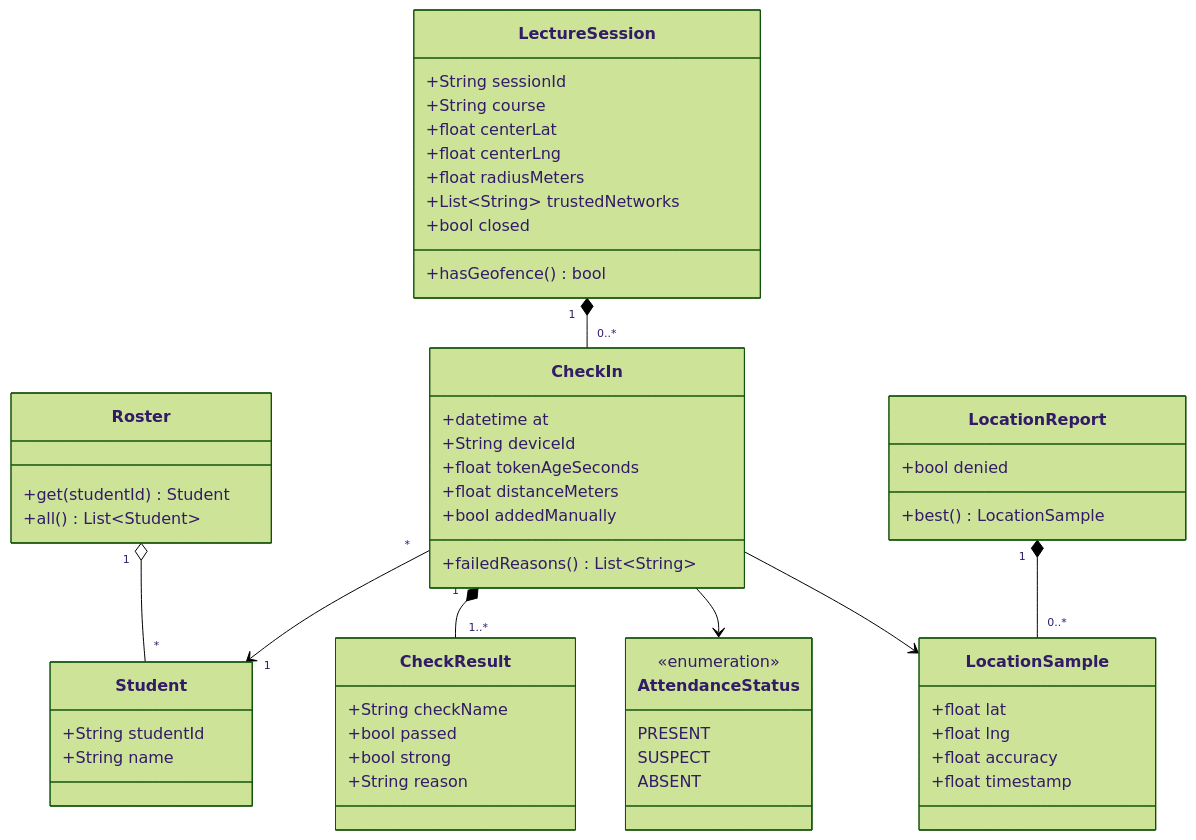
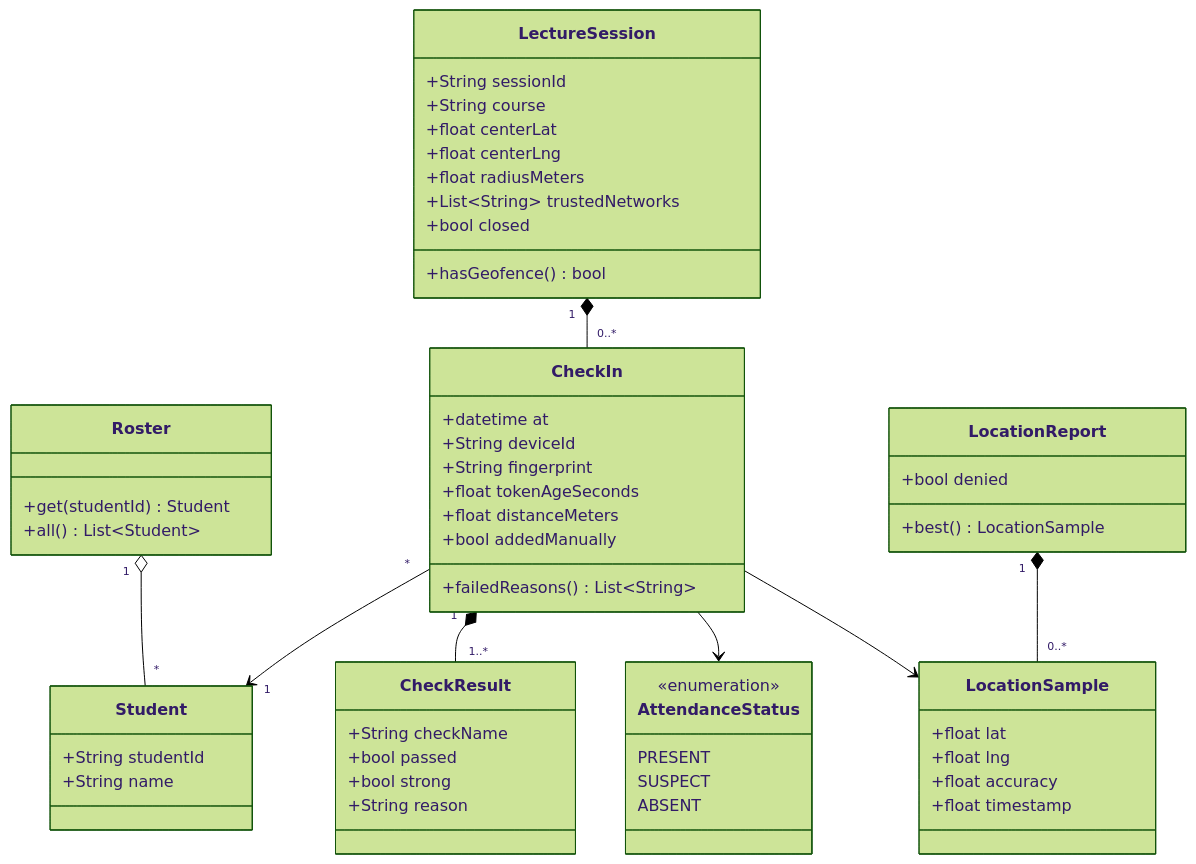
The first of 10 diagrams in docs/06-class-and-sequence-diagrams.md (maayancohen-coder/smart-classroom-toolkit), drawn with Mermaid (forest theme) before and after one commit. The commit also changed other lines of this file and 4 other files, not shown here.

Commit message:
Update components and diagrams

````diff
--- a/docs/06-class-and-sequence-diagrams.md
+++ b/docs/06-class-and-sequence-diagrams.md
@@ -15,59 +15,60 @@
 ```mermaid
 classDiagram
     class LectureSession {
         +String sessionId
         +String course
         +float centerLat
         +float centerLng
         +float radiusMeters
         +List~String~ trustedNetworks
         +bool closed
         +hasGeofence() bool
     }
     class Student {
         +String studentId
         +String name
     }
     class Roster {
         +get(studentId) Student
         +all() List~Student~
     }
     class CheckIn {
         +datetime at
         +String deviceId
+        +String fingerprint
         +float tokenAgeSeconds
         +float distanceMeters
         +bool addedManually
         +failedReasons() List~String~
     }
     class AttendanceStatus {
         <<enumeration>>
         PRESENT
         SUSPECT
         ABSENT
     }
     class CheckResult {
         +String checkName
         +bool passed
         +bool strong
         +String reason
     }
     class LocationReport {
         +bool denied
         +best() LocationSample
     }
     class LocationSample {
         +float lat
         +float lng
         +float accuracy
         +float timestamp
     }
 
     Roster "1" o-- "*" Student
     LectureSession "1" *-- "0..*" CheckIn
     CheckIn "*" --> "1" Student
     CheckIn "1" *-- "1..*" CheckResult
     CheckIn --> AttendanceStatus
     CheckIn --> LocationSample
     LocationReport "1" *-- "0..*" LocationSample
 ```
````
